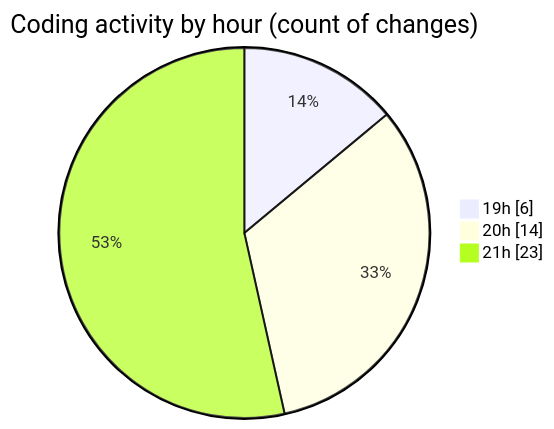
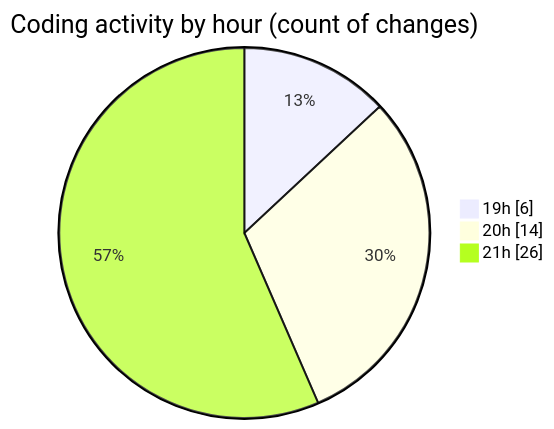
Before and after one commit to IJAZ3593/code-tracking: the second of 2 diagrams in 2025-09-13/new_folder/README.md, drawn with Mermaid. The commit also changed other lines of this file and 1 other file, not shown here.

````diff
--- a/2025-09-13/new_folder/README.md
+++ b/2025-09-13/new_folder/README.md
@@ -35,7 +35,7 @@
 ```mermaid
 pie showData
 title Coding activity by hour (count of changes)
 "19h" : 6
 "20h" : 14
-"21h" : 23
+"21h" : 26
 ```
````
